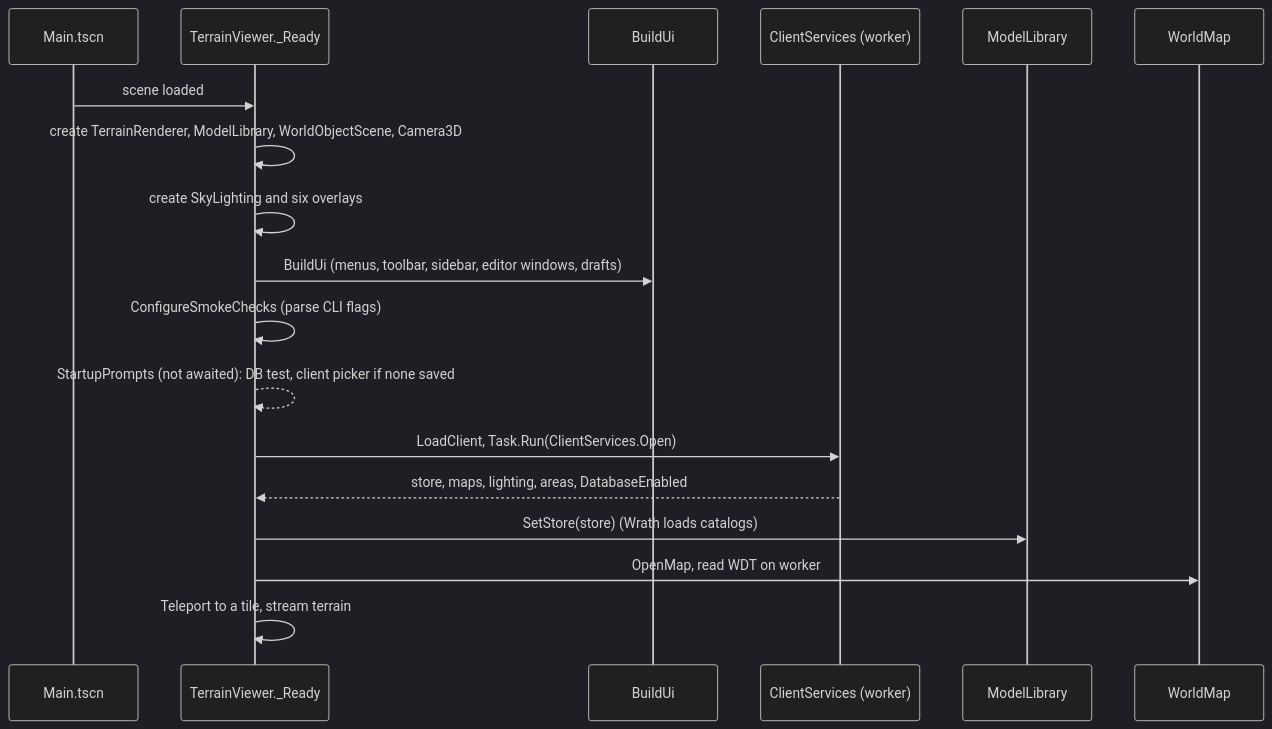
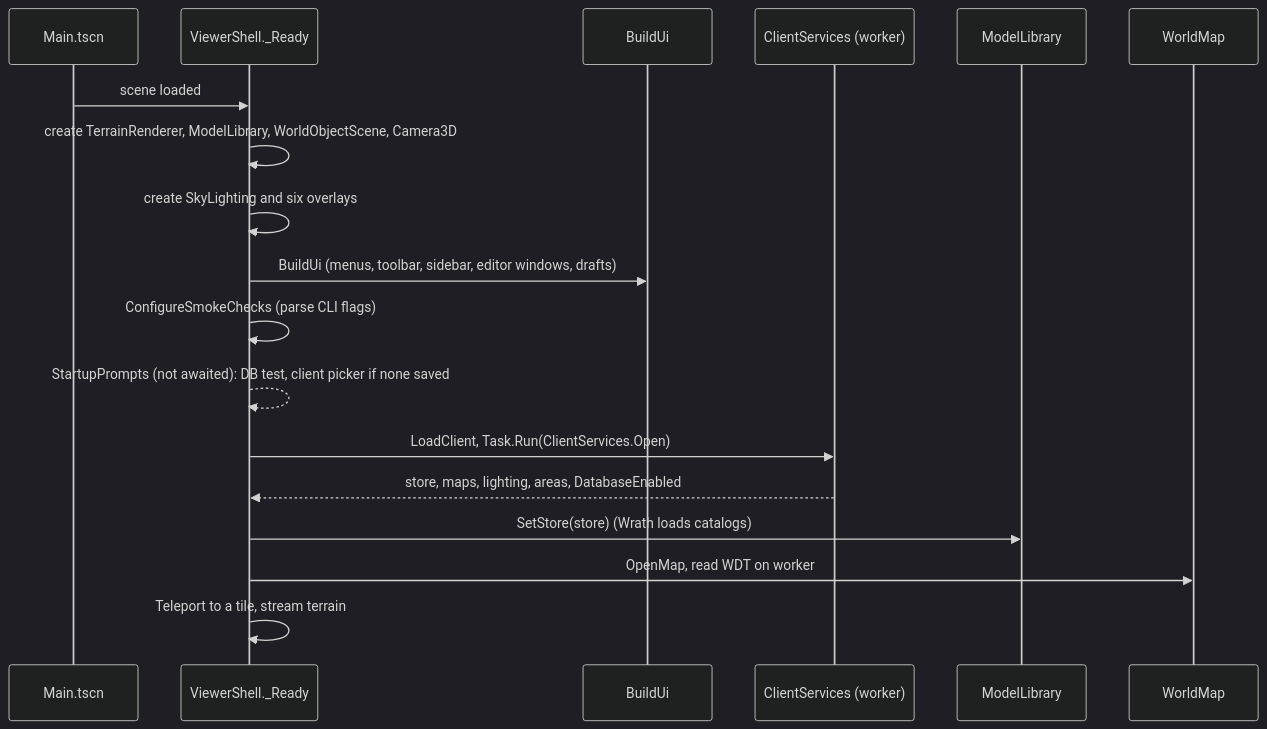
Before and after one commit to glitterfartz/ac-world-edit: the first of 3 diagrams in docs/architecture/viewer-runtime.md, drawn with Mermaid (dark theme). The commit also changed other lines of this file and 111 other files, not shown here.

First line of the commit message:
refactor(viewer): rename TerrainViewer to ViewerShell

````diff
--- a/docs/architecture/viewer-runtime.md
+++ b/docs/architecture/viewer-runtime.md
@@ -9,21 +9,21 @@
 ```mermaid
 sequenceDiagram
     participant Main as Main.tscn
-    participant TV as TerrainViewer._Ready
+    participant TV as ViewerShell._Ready
     participant UI as BuildUi
     participant CS as ClientServices (worker)
     participant M as ModelLibrary
     participant W as WorldMap
 
     Main->>TV: scene loaded
     TV->>TV: create TerrainRenderer, ModelLibrary, WorldObjectScene, Camera3D
     TV->>TV: create SkyLighting and six overlays
     TV->>UI: BuildUi (menus, toolbar, sidebar, editor windows, drafts)
     TV->>TV: ConfigureSmokeChecks (parse CLI flags)
     TV-->>TV: StartupPrompts (not awaited): DB test, client picker if none saved
     TV->>CS: LoadClient, Task.Run(ClientServices.Open)
     CS-->>TV: store, maps, lighting, areas, DatabaseEnabled
     TV->>M: SetStore(store) (Wrath loads catalogs)
     TV->>W: OpenMap, read WDT on worker
     TV->>TV: Teleport to a tile, stream terrain
 ```
````
